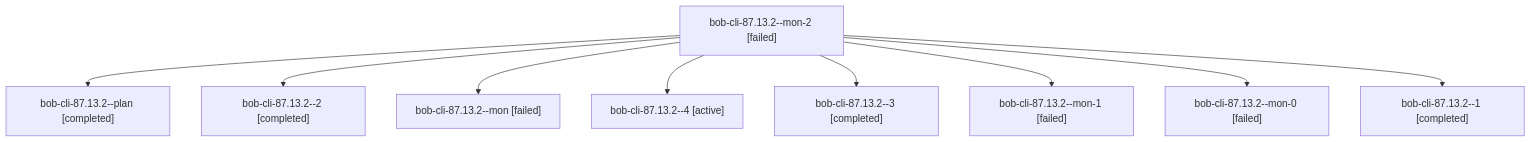
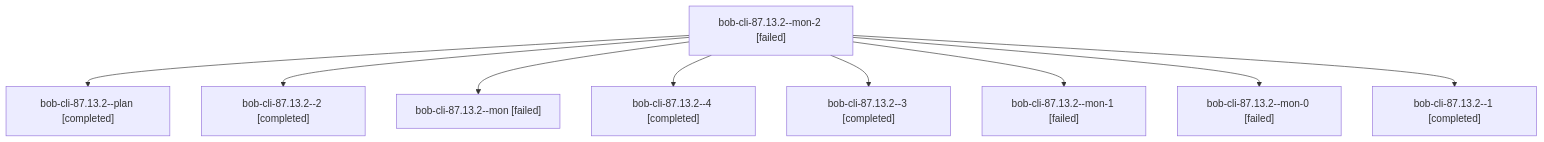
Before and after one commit to bobs-org/bob-cli--agents: the diagram in sessions/bbugyi200.athena.bob-cli-87.13.2.md, drawn with Mermaid. The commit also changed other lines of this file and 481 other files, not shown here.

````diff
--- a/sessions/bbugyi200.athena.bob-cli-87.13.2.md
+++ b/sessions/bbugyi200.athena.bob-cli-87.13.2.md
@@ -9,20 +9,20 @@
 ```mermaid
 flowchart TD
   n0["bob-cli-87.13.2--mon-2 [failed]"]
   n1["bob-cli-87.13.2--plan [completed]"]
   n0 --> n1
   n2["bob-cli-87.13.2--2 [completed]"]
   n0 --> n2
   n3["bob-cli-87.13.2--mon [failed]"]
   n0 --> n3
-  n4["bob-cli-87.13.2--4 [active]"]
+  n4["bob-cli-87.13.2--4 [completed]"]
   n0 --> n4
   n5["bob-cli-87.13.2--3 [completed]"]
   n0 --> n5
   n6["bob-cli-87.13.2--mon-1 [failed]"]
   n0 --> n6
   n7["bob-cli-87.13.2--mon-0 [failed]"]
   n0 --> n7
   n8["bob-cli-87.13.2--1 [completed]"]
   n0 --> n8
 ```
````
